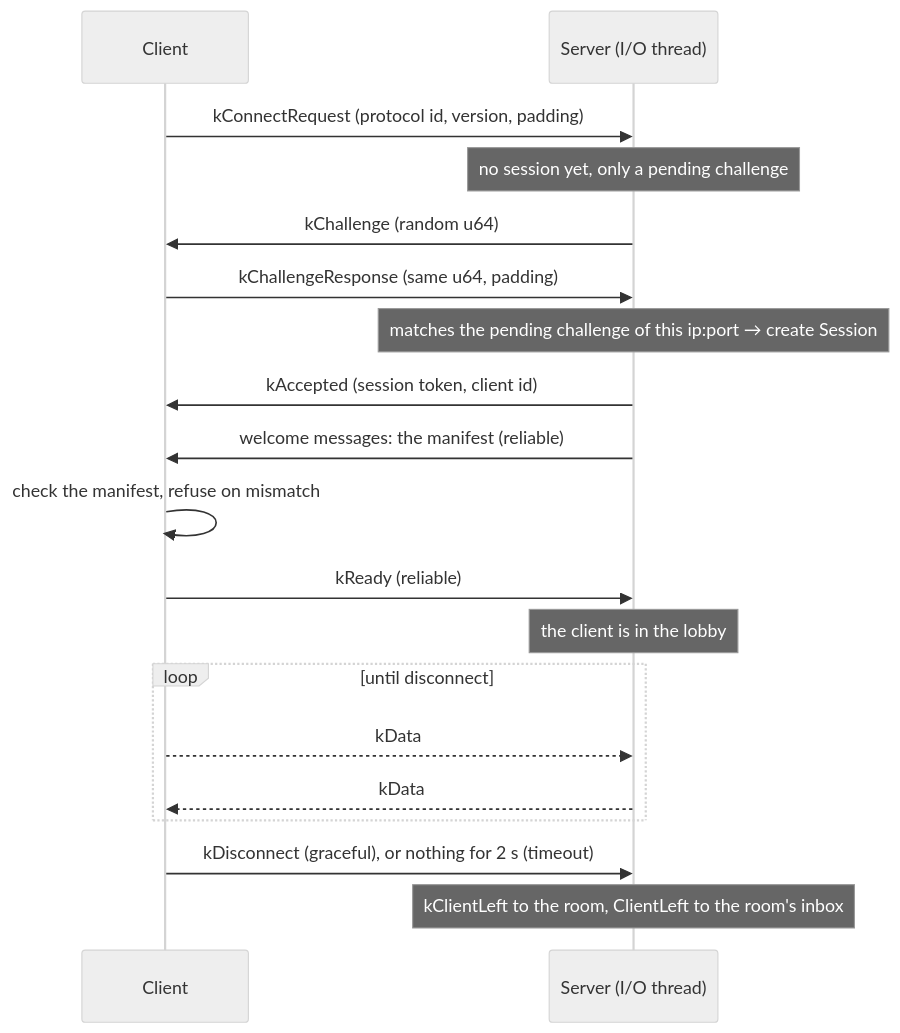
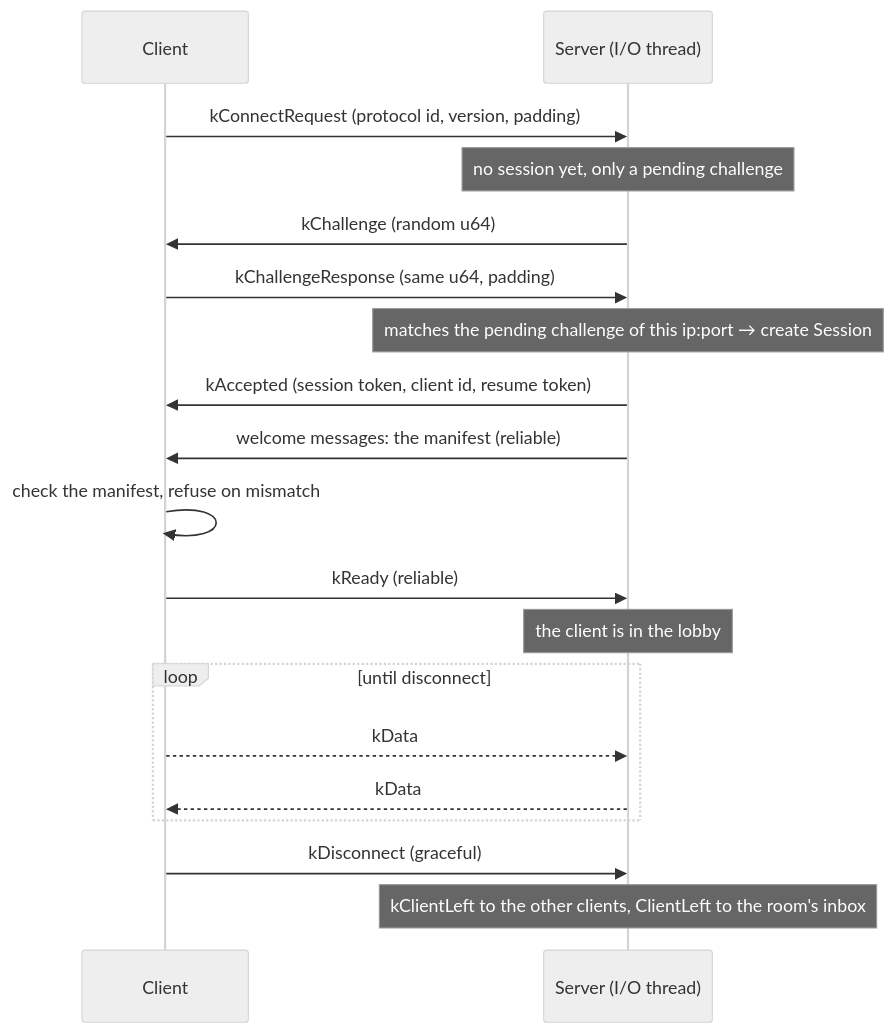
One commit to Charles-Mahoudeau/rtype changed the third of 4 diagrams in docs/network/design.md. Above: the diagram before and after it, drawn with Mermaid (neutral theme). The commit also changed other lines of this file, not shown here.

````diff
--- a/docs/network/design.md
+++ b/docs/network/design.md
@@ -288,21 +291,21 @@
 ```mermaid
 sequenceDiagram
     participant C as Client
     participant S as Server (I/O thread)
     C->>S: kConnectRequest (protocol id, version, padding)
     Note over S: no session yet, only a pending challenge
     S->>C: kChallenge (random u64)
     C->>S: kChallengeResponse (same u64, padding)
     Note over S: matches the pending challenge of this ip:port → create Session
-    S->>C: kAccepted (session token, client id)
+    S->>C: kAccepted (session token, client id, resume token)
     S->>C: welcome messages: the manifest (reliable)
     C->>C: check the manifest, refuse on mismatch
     C->>S: kReady (reliable)
     Note over S: the client is in the lobby
     loop until disconnect
         C-->>S: kData
         S-->>C: kData
     end
-    C->>S: kDisconnect (graceful), or nothing for 2 s (timeout)
-    Note over S: kClientLeft to the room, ClientLeft to the room's inbox
+    C->>S: kDisconnect (graceful)
+    Note over S: kClientLeft to the other clients, ClientLeft to the room's inbox
 ```
````
